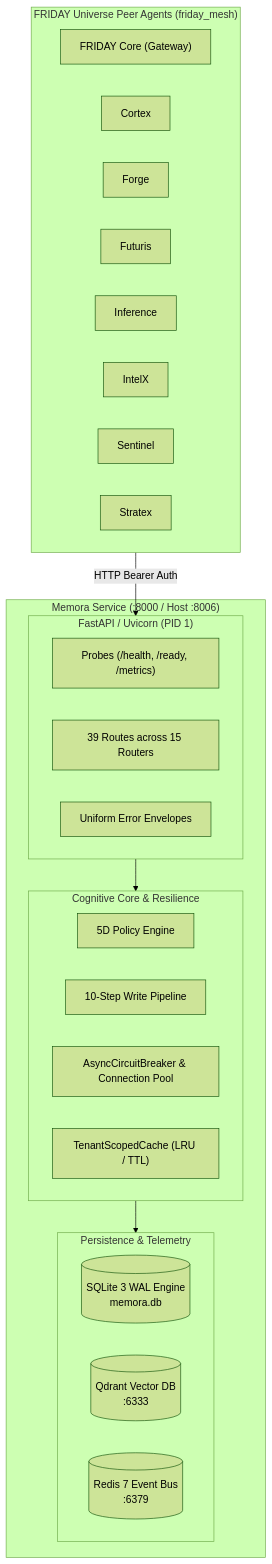
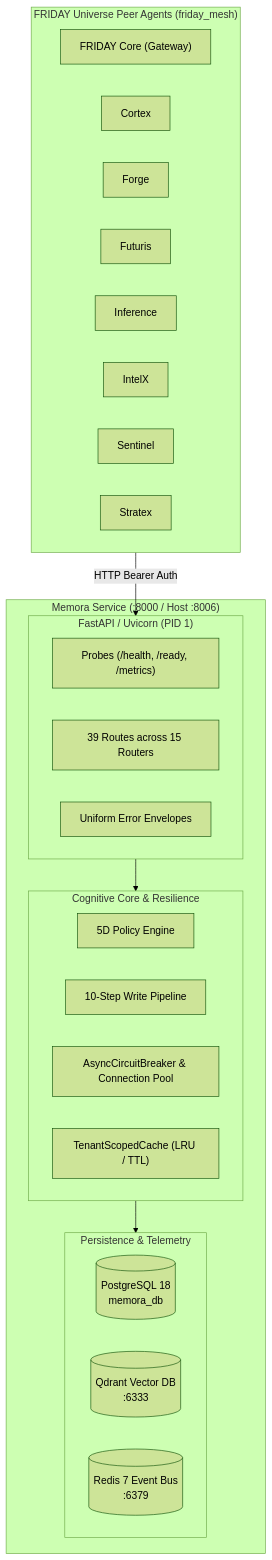
Before and after one commit to surendra2304/Memora: the diagram in README.md, drawn with Mermaid (forest theme). The commit also changed other lines of this file, not shown here.

Commit message:
docs: align Memora topology and examples with PostgreSQL production storage

````diff
--- a/README.md
+++ b/README.md
@@ -33,38 +33,38 @@
 ```mermaid
 flowchart TD
     subgraph Agents ["FRIDAY Universe Peer Agents (friday_mesh)"]
         FRIDAY["FRIDAY Core (Gateway)"]
         CORTEX["Cortex"]
         FORGE["Forge"]
         FUTURIS["Futuris"]
         INFERENCE["Inference"]
         INTELX["IntelX"]
         SENTINEL["Sentinel"]
         STRATEX["Stratex"]
     end
 
     subgraph MemoraService ["Memora Service (:8000 / Host :8006)"]
         subgraph APILayer ["FastAPI / Uvicorn (PID 1)"]
             PROBES["Probes (/health, /ready, /metrics)"]
             ROUTERS["39 Routes across 15 Routers"]
             ENVELOPE["Uniform Error Envelopes"]
         end
 
         subgraph CoreEngine ["Cognitive Core & Resilience"]
             POLICY["5D Policy Engine"]
             PIPELINE["10-Step Write Pipeline"]
             BREAKER["AsyncCircuitBreaker & Connection Pool"]
             CACHE["TenantScopedCache (LRU / TTL)"]
         end
 
         subgraph StorageLayer ["Persistence & Telemetry"]
-            SQLITE[("SQLite 3 WAL Engine\nmemora.db")]
+            POSTGRES[("PostgreSQL 18\nmemora_db")]
             QDRANT[("Qdrant Vector DB\n:6333")]
             REDIS[("Redis 7 Event Bus\n:6379")]
         end
     end
 
     Agents -->|"HTTP Bearer Auth"| APILayer
     APILayer --> CoreEngine
     CoreEngine --> StorageLayer
 ```
````
